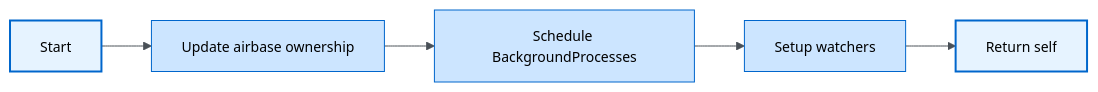
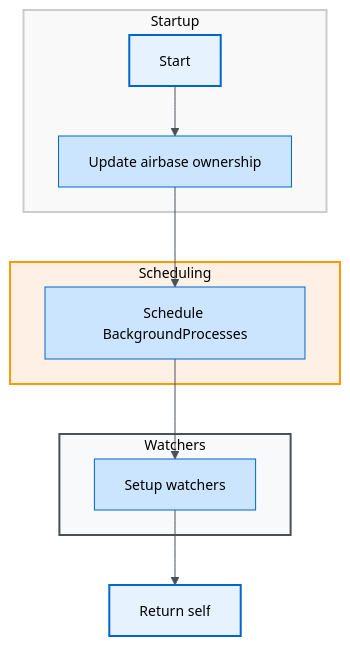
Before and after one commit to Gh0st352/AETHR: the first of 3 diagrams in docs/aethr/startup_and_watchers.md, drawn with Mermaid. The commit also changed other lines of this file and 6 other files, not shown here.

First line of the commit message:
Refactor documentation with enhanced flowcharts and sequence diagrams

````diff
--- a/docs/aethr/startup_and_watchers.md
+++ b/docs/aethr/startup_and_watchers.md
@@ -17,16 +17,38 @@
 ```mermaid
-%%{init: {"theme": "base", "themeVariables": {"primaryColor":"#e6f3ff","primaryBorderColor":"#0066cc","primaryTextColor":"#000","lineColor":"#495057","textColor":"#000","fontSize":"14px"}}}%%
-flowchart LR
-  S[Start] --> U[Update airbase ownership]
-  U --> SCH[Schedule BackgroundProcesses]
-  SCH --> W[Setup watchers]
-  W --> RT[Return self]
+%%{init: {"theme":"base","themeVariables":{"primaryColor":"#e6f3ff","primaryBorderColor":"#0066cc","lineColor":"#495057","textColor":"#e9ecef","fontSize":"14px"}}}%%
+flowchart
+  %% Groupings
+  subgraph BOOT ["Startup"]
+    S["Start"]
+    U["Update airbase ownership"]
+  end
+
+  subgraph SCHED ["Scheduling"]
+    SCH["Schedule BackgroundProcesses"]
+  end
+
+  subgraph WATCH ["Watchers"]
+    W["Setup watchers"]
+  end
+
+  RT["Return self"]
+
+  %% Flow
+  S --> U
+  U --> SCH
+  SCH --> W
+  W --> RT
 
   %% Styles
   classDef core fill:#e6f3ff,stroke:#0066cc,stroke-width:2px,color:#000
   classDef process fill:#cce5ff,stroke:#0066cc,color:#000
 
   %% Apply classes
   class S,RT core
   class U,SCH,W process
+
+  %% Subgraph styles
+  style BOOT fill:#f9f9f9,stroke:#ccc,stroke-width:2px
+  style SCHED fill:#fff0e6,stroke:#ff9900,stroke-width:2px
+  style WATCH fill:#f8f9fa,stroke:#495057,stroke-width:2px
 ```
````
